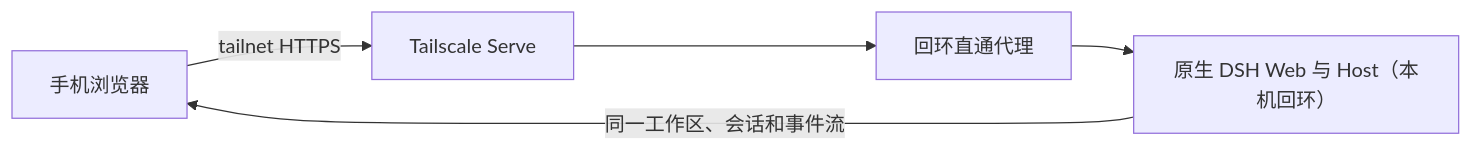
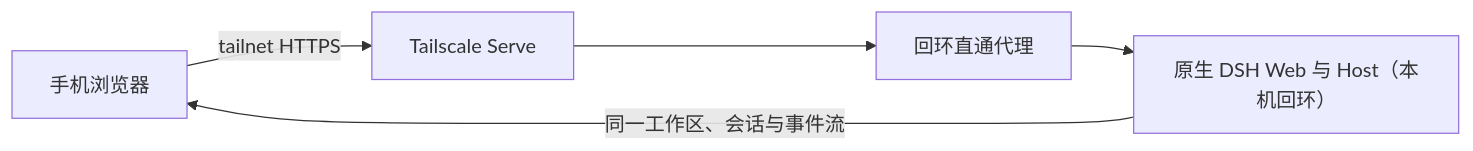
Before and after one commit to qiushenjie/dsh-mobile-tailscale: the diagram in README.md, drawn with Mermaid. The commit also changed other lines of this file and 17 other files, not shown here.

````diff
--- a/README.md
+++ b/README.md
@@ -64,7 +33,7 @@
 ```mermaid
 flowchart LR
   Phone["手机浏览器"] -->|"tailnet HTTPS"| Serve["Tailscale Serve"]
   Serve --> Proxy["回环直通代理"]
   Proxy --> DSH["原生 DSH Web 与 Host（本机回环）"]
-  DSH -->|"同一工作区、会话和事件流"| Phone
+  DSH -->|"同一工作区、会话与事件流"| Phone
 ```
````
